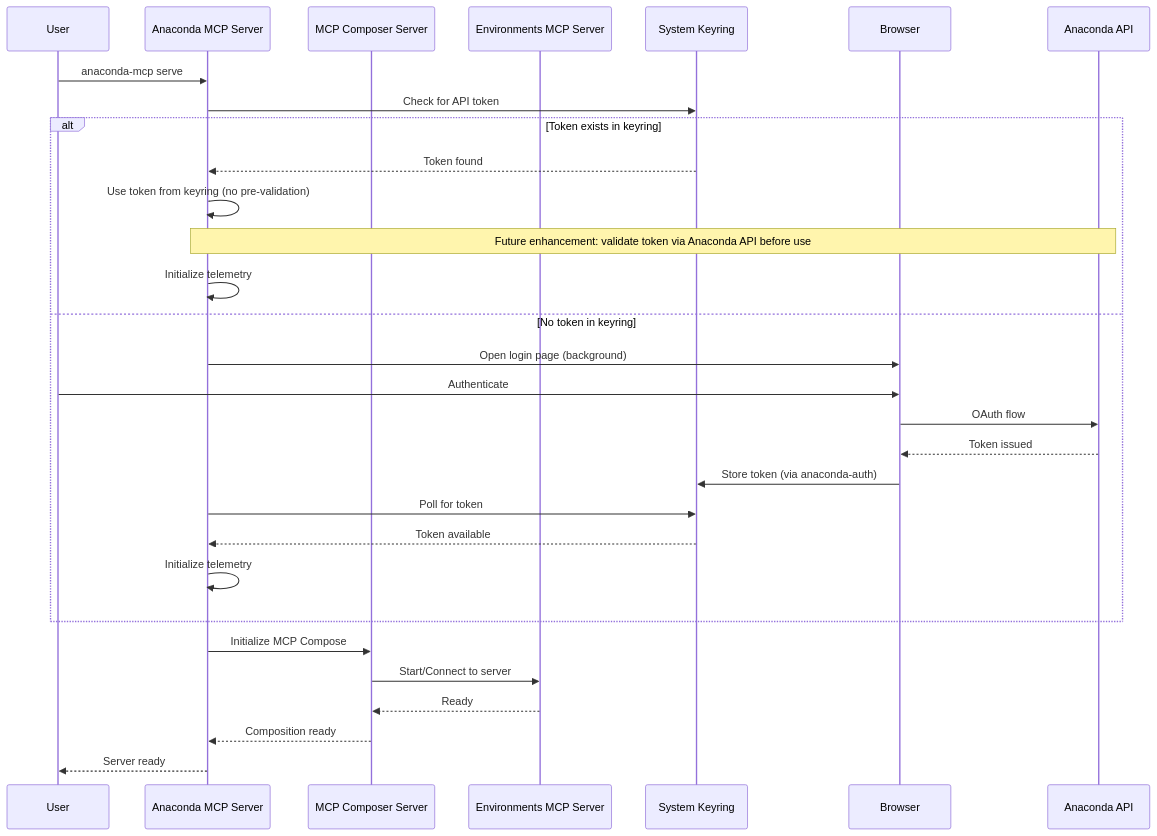
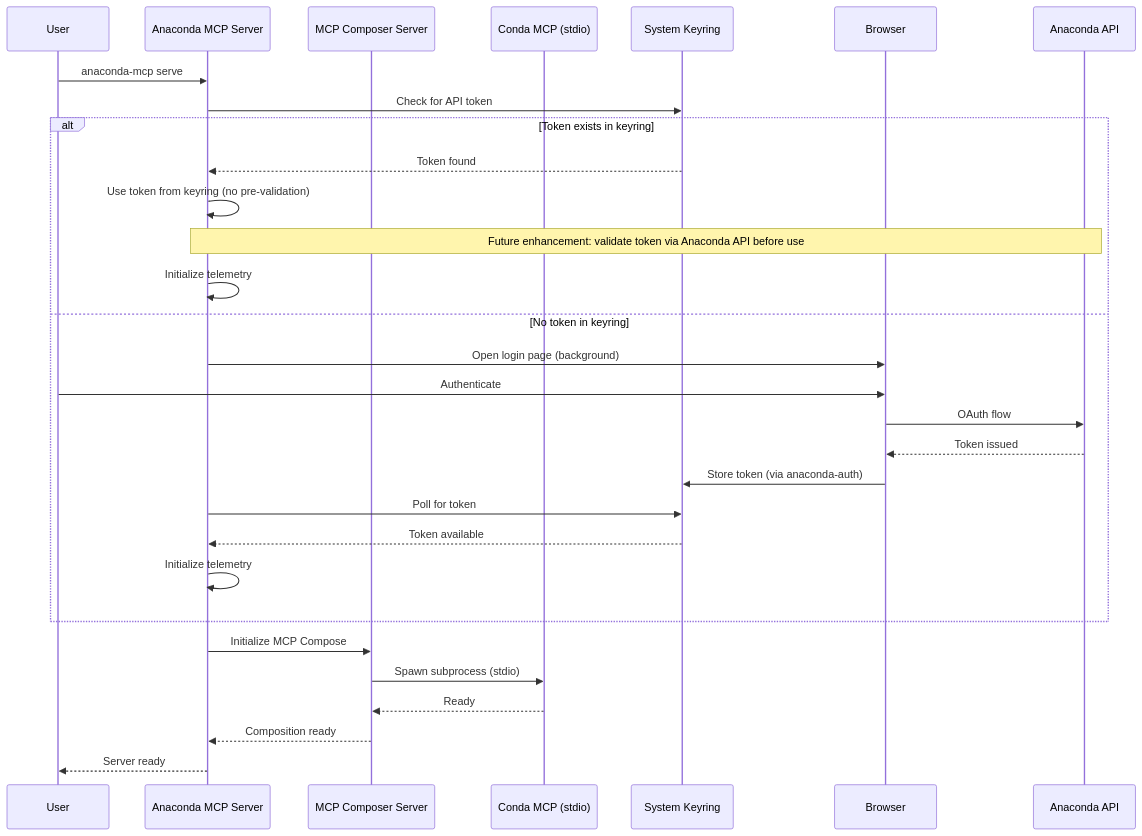
Before and after one commit to anaconda/anaconda-mcp: the fourth of 6 diagrams in docs/ARCHITECTURE.md, drawn with Mermaid. The commit also changed other lines of this file and 32 other files, not shown here.

````diff
--- a/docs/ARCHITECTURE.md
+++ b/docs/ARCHITECTURE.md
@@ -173,35 +180,35 @@
 ```mermaid
 sequenceDiagram
     participant User
     participant Anaconda as Anaconda MCP Server
     participant Composer as MCP Composer Server
-    participant ENV as Environments MCP Server
+    participant Conda as Conda MCP (stdio)
     participant Keyring as System Keyring
     participant Browser
     participant API as Anaconda API
 
     User->>Anaconda: anaconda-mcp serve
     Anaconda->>Keyring: Check for API token
 
     alt Token exists in keyring
         Keyring-->>Anaconda: Token found
         Anaconda->>Anaconda: Use token from keyring (no pre-validation)
         Note over Anaconda,API: Future enhancement: validate token via Anaconda API before use
         Anaconda->>Anaconda: Initialize telemetry
     else No token in keyring
         Anaconda->>Browser: Open login page (background)
         User->>Browser: Authenticate
         Browser->>API: OAuth flow
         API-->>Browser: Token issued
         Browser->>Keyring: Store token (via anaconda-auth)
         Anaconda->>Keyring: Poll for token
         Keyring-->>Anaconda: Token available
         Anaconda->>Anaconda: Initialize telemetry
     end
 
     Anaconda->>Composer: Initialize MCP Compose
-    Composer->>ENV: Start/Connect to server
-    ENV-->>Composer: Ready
+    Composer->>Conda: Spawn subprocess (stdio)
+    Conda-->>Composer: Ready
     Composer-->>Anaconda: Composition ready
     Anaconda-->>User: Server ready
 ```
````
